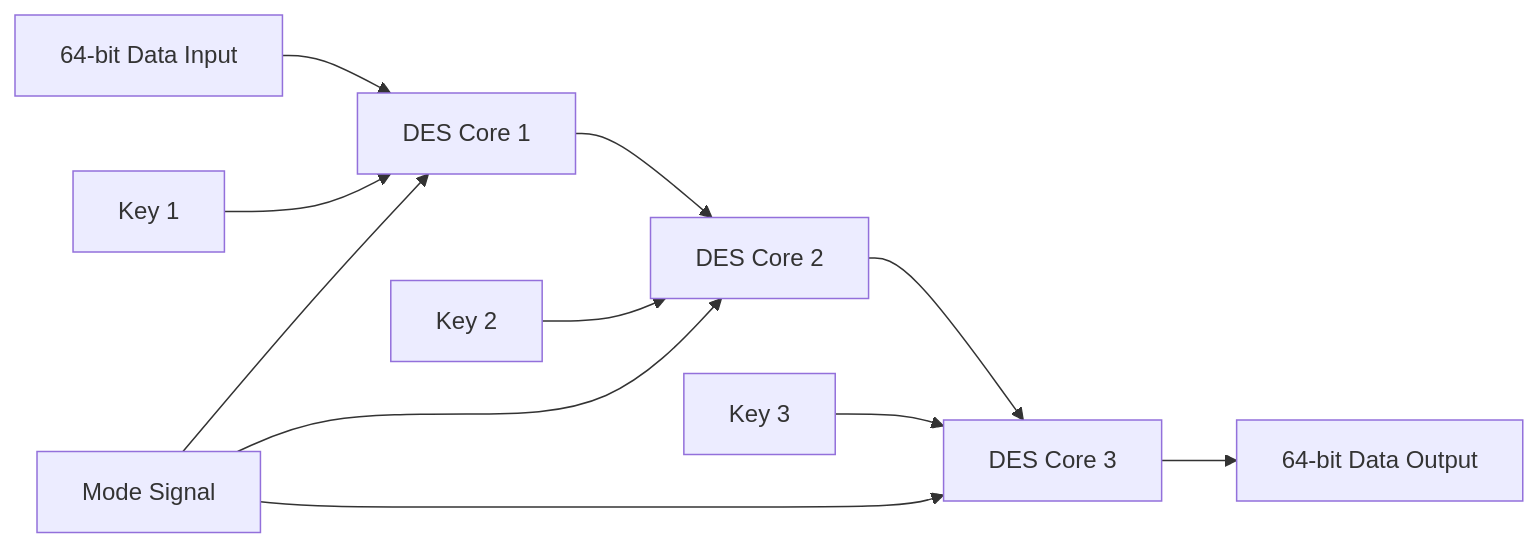
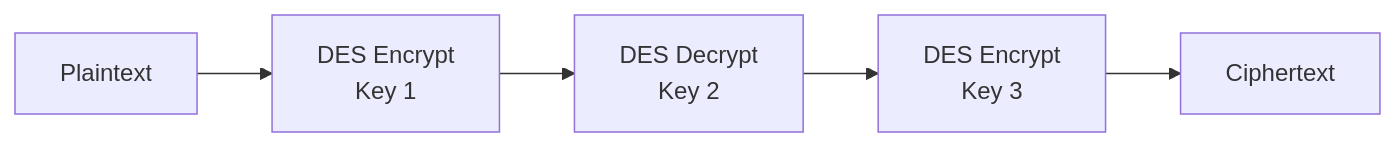
The first of 3 diagrams in README.md (NhatHuyUIT/3DES_168bit_Hardware), drawn with Mermaid before and after one commit. The commit also changed other lines of this file, not shown here.

````diff
--- a/README.md
+++ b/README.md
@@ -141,15 +187,7 @@
 ```mermaid
 flowchart LR
-    A[64-bit Data Input] --> B[DES Core 1]
-    B --> C[DES Core 2]
-    C --> D[DES Core 3]
-    D --> E[64-bit Data Output]
-
-    K1[Key 1] --> B
-    K2[Key 2] --> C
-    K3[Key 3] --> D
-
-    M[Mode Signal] --> B
-    M --> C
-    M --> D
+    P[Plaintext] --> DES1[DES Encrypt<br/>Key 1]
+    DES1 --> DES2[DES Decrypt<br/>Key 2]
+    DES2 --> DES3[DES Encrypt<br/>Key 3]
+    DES3 --> C[Ciphertext]
 ```
````
